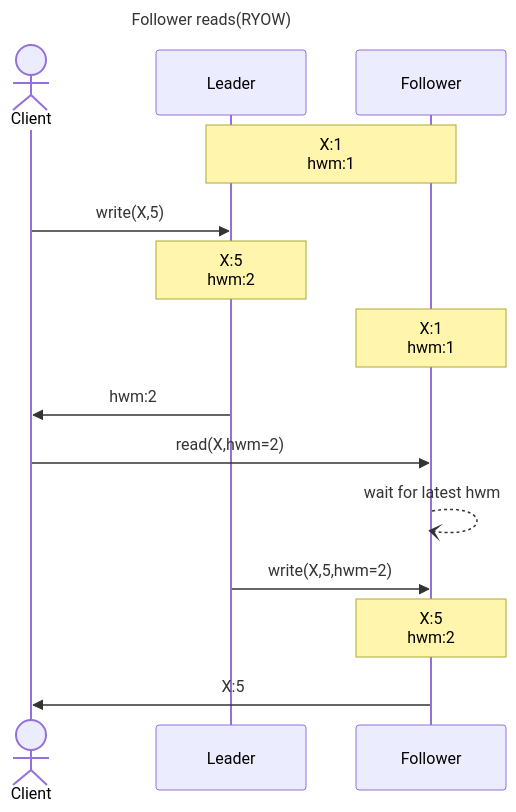
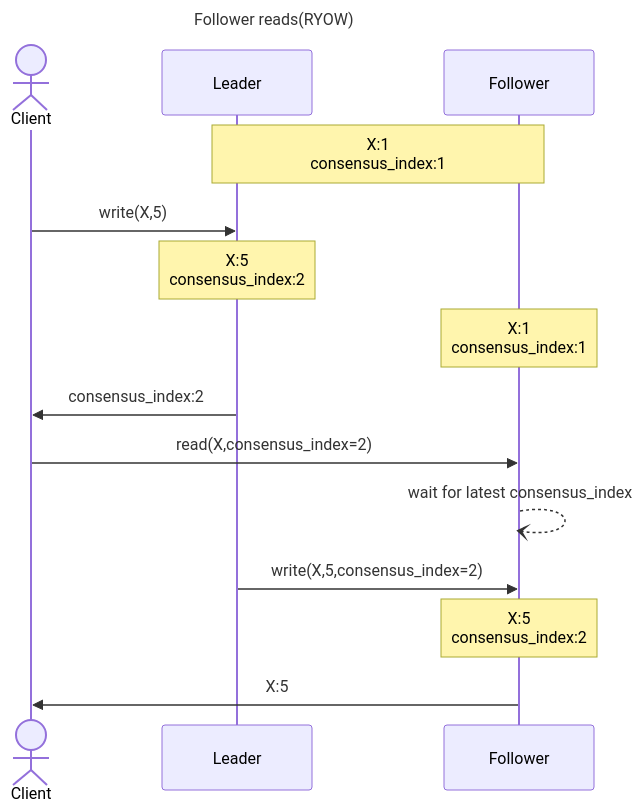
The diagram in diagrams/follower_reads.mmd (Migorithm/duva), drawn with Mermaid before and after one commit. The commit also changed 26 other files, not shown here.

Commit message:
chore: rename hwm to consensus index

```diff
--- a/diagrams/follower_reads.mmd
+++ b/diagrams/follower_reads.mmd
@@ -1,19 +1,19 @@
 ---
 title: Follower reads(RYOW)
 ---
 sequenceDiagram
     actor C as Client
     participant L as Leader
     participant F as Follower
 
-    note over L,F : X:1<br>hwm:1
+    note over L,F : X:1<br>consensus_index:1
 
     C->>L: write(X,5)
-    note over L : X:5<br>hwm:2
-    note over F : X:1<br>hwm:1
-    L->>C: hwm:2
-    C->>F: read(X,hwm=2)
-    F--)F: wait for latest hwm
-    L->>F: write(X,5,hwm=2)
-    note over F : X:5<br>hwm:2
+    note over L : X:5<br>consensus_index:2
+    note over F : X:1<br>consensus_index:1
+    L->>C: consensus_index:2
+    C->>F: read(X,consensus_index=2)
+    F--)F: wait for latest consensus_index
+    L->>F: write(X,5,consensus_index=2)
+    note over F : X:5<br>consensus_index:2
     F->>C: X:5
```
